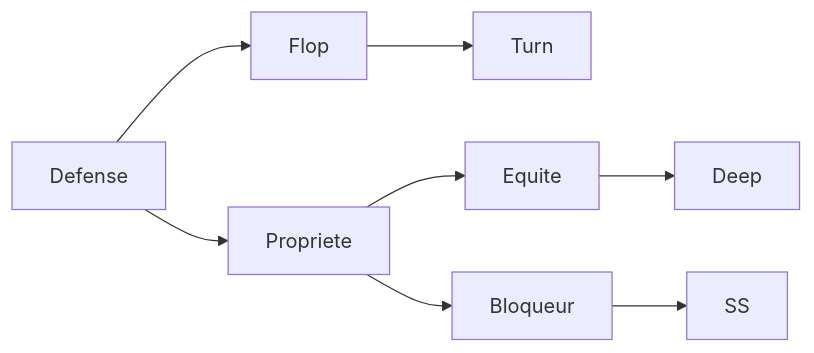
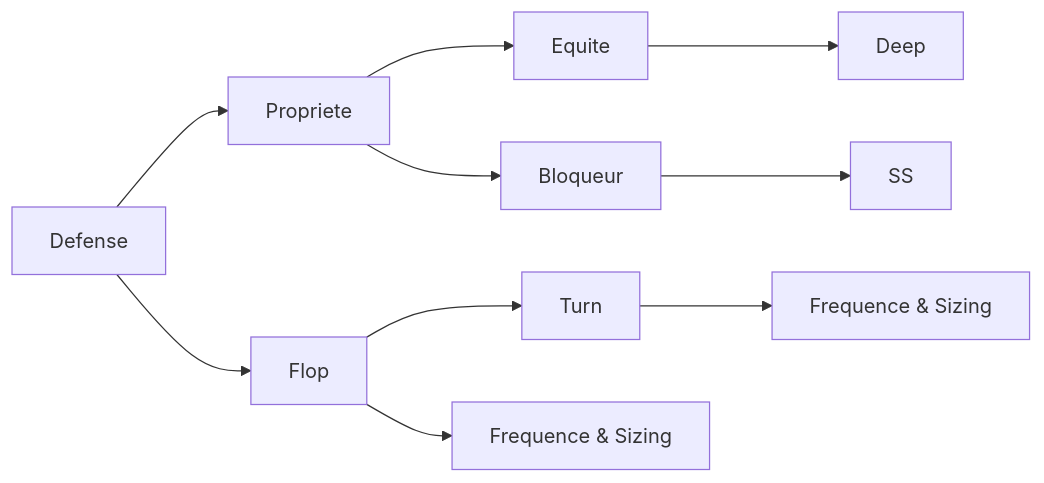
The second of 2 diagrams in _posts/2020-01-01-test.md (greglejeune/blog), drawn with Mermaid before and after one commit.

```diff
--- a/_posts/2020-01-01-test.md
+++ b/_posts/2020-01-01-test.md
@@ -29,10 +29,12 @@
     <div class="mermaid">
         graph LR
             Defense --> Propriete
             Defense --> Flop
             Flop --> Turn
+            Flop --> F[Frequence & Sizing]
+            Turn --> T[Frequence & Sizing]
             Propriete --> Equite
             Propriete --> Bloqueur
             Equite --> Deep
             Bloqueur --> SS;
     </div>
```
